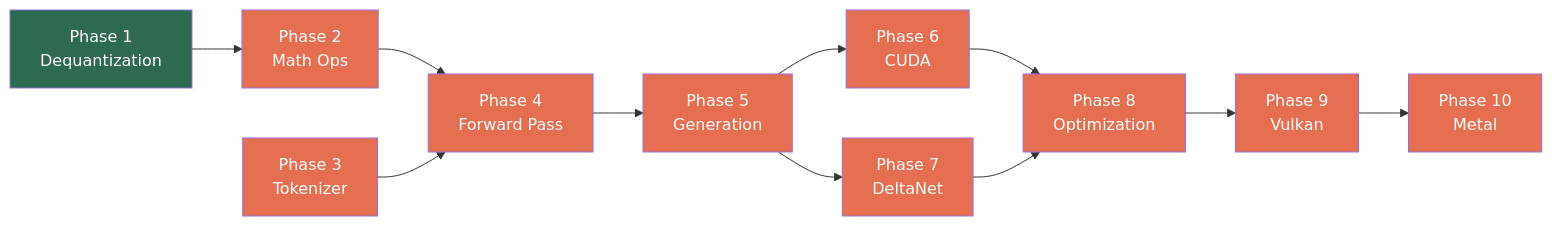
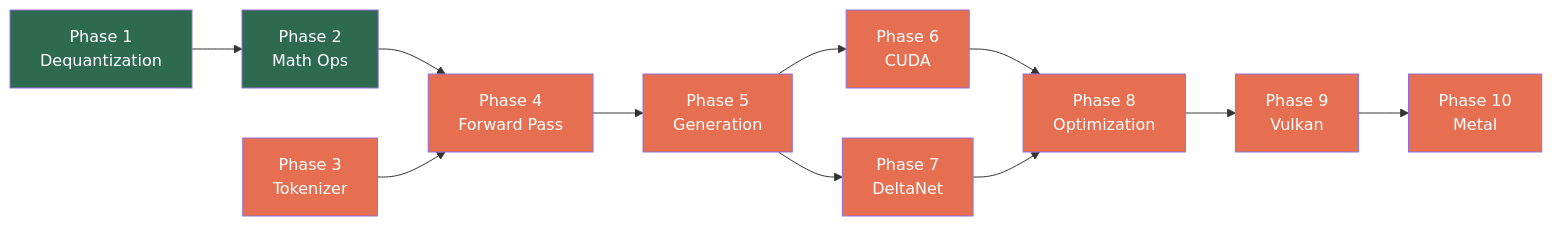
The diagram in README.md (MjrTom/daisi-llogos), drawn with Mermaid before and after one commit. The commit also changed other lines of this file and 11 other files, not shown here.

````diff
--- a/README.md
+++ b/README.md
@@ -51,32 +52,32 @@
 ```mermaid
 flowchart LR
     P1["Phase 1\nDequantization"]
     P2["Phase 2\nMath Ops"]
     P3["Phase 3\nTokenizer"]
     P4["Phase 4\nForward Pass"]
     P5["Phase 5\nGeneration"]
     P6["Phase 6\nCUDA"]
     P7["Phase 7\nDeltaNet"]
     P8["Phase 8\nOptimization"]
     P9["Phase 9\nVulkan"]
     P10["Phase 10\nMetal"]
 
     P1 --> P2 --> P4
     P3 --> P4 --> P5
     P5 --> P6
     P5 --> P7
     P6 --> P8
     P7 --> P8
     P8 --> P9 --> P10
 
     style P1 fill:#2d6a4f,color:#fff
-    style P2 fill:#e76f51,color:#fff
+    style P2 fill:#2d6a4f,color:#fff
     style P3 fill:#e76f51,color:#fff
     style P4 fill:#e76f51,color:#fff
     style P5 fill:#e76f51,color:#fff
     style P6 fill:#e76f51,color:#fff
     style P7 fill:#e76f51,color:#fff
     style P8 fill:#e76f51,color:#fff
     style P9 fill:#e76f51,color:#fff
     style P10 fill:#e76f51,color:#fff
 ```
````
